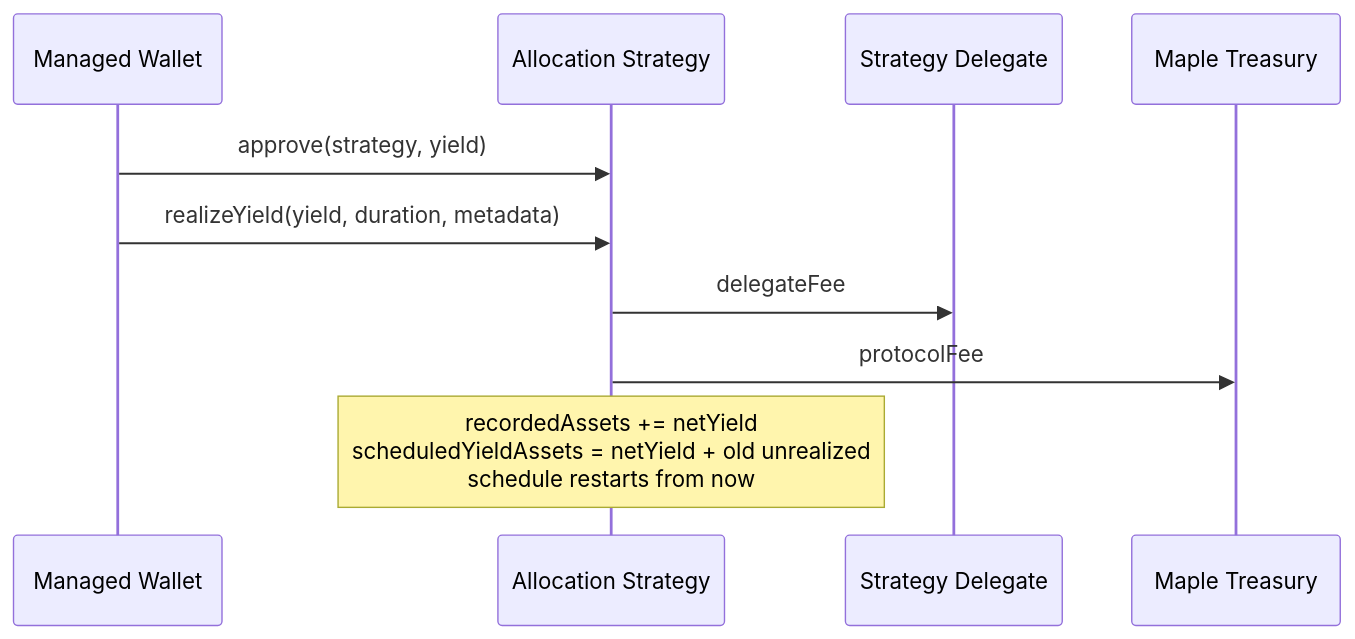
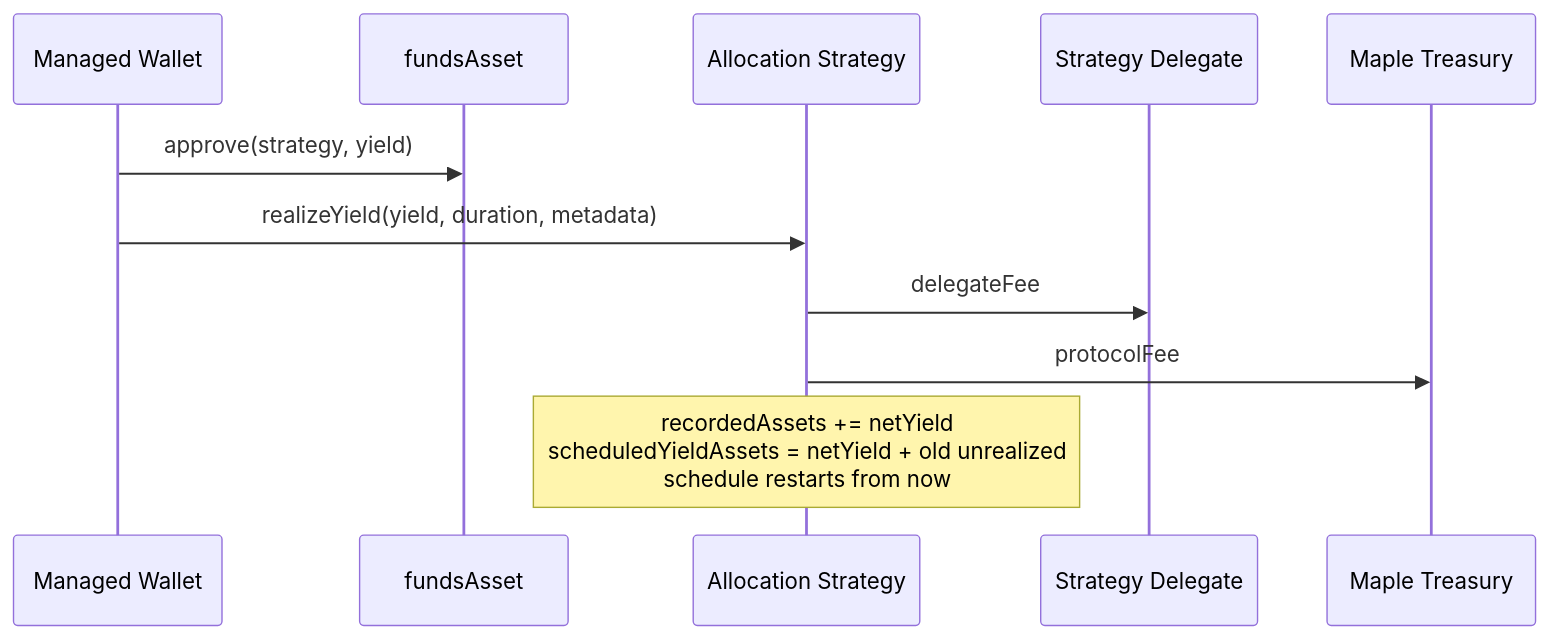
One commit to maple-labs/maple-docs changed the diagram in technical-resources/strategies/allocation-strategy/accounting-and-fees.md. Above: the diagram before and after it, drawn with Mermaid. The commit also changed 2 other files, not shown here.

Commit message:
docs: Correct Allocation Strategy withdrawals, yield recovery and diagram
A Pool can withdraw recorded cash minus vesting yield. Stray surplus is booked with realizeYield, since returnAssets only takes back deployed principal. The yield diagram approves the funds asset, not the strategy.

````diff
--- a/technical-resources/strategies/allocation-strategy/accounting-and-fees.md
+++ b/technical-resources/strategies/allocation-strategy/accounting-and-fees.md
@@ -63,13 +63,14 @@
 ```mermaid
 sequenceDiagram
     participant W as Managed Wallet
+    participant Asset as fundsAsset
     participant AS as Allocation Strategy
     participant SD as Strategy Delegate
     participant T as Maple Treasury
 
-    W->>AS: approve(strategy, yield)
+    W->>Asset: approve(strategy, yield)
     W->>AS: realizeYield(yield, duration, metadata)
     AS->>SD: delegateFee
     AS->>T: protocolFee
     Note over AS: recordedAssets += netYield<br/>scheduledYieldAssets = netYield + old unrealized<br/>schedule restarts from now
 ```
````
